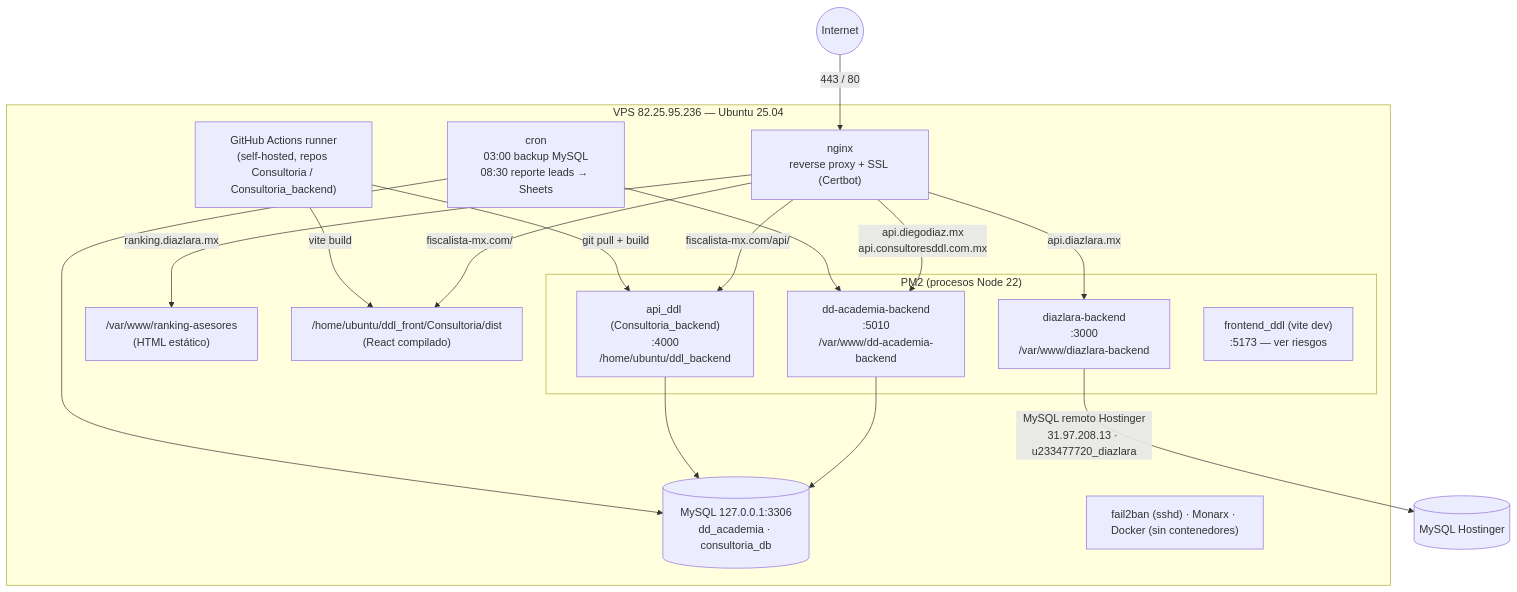
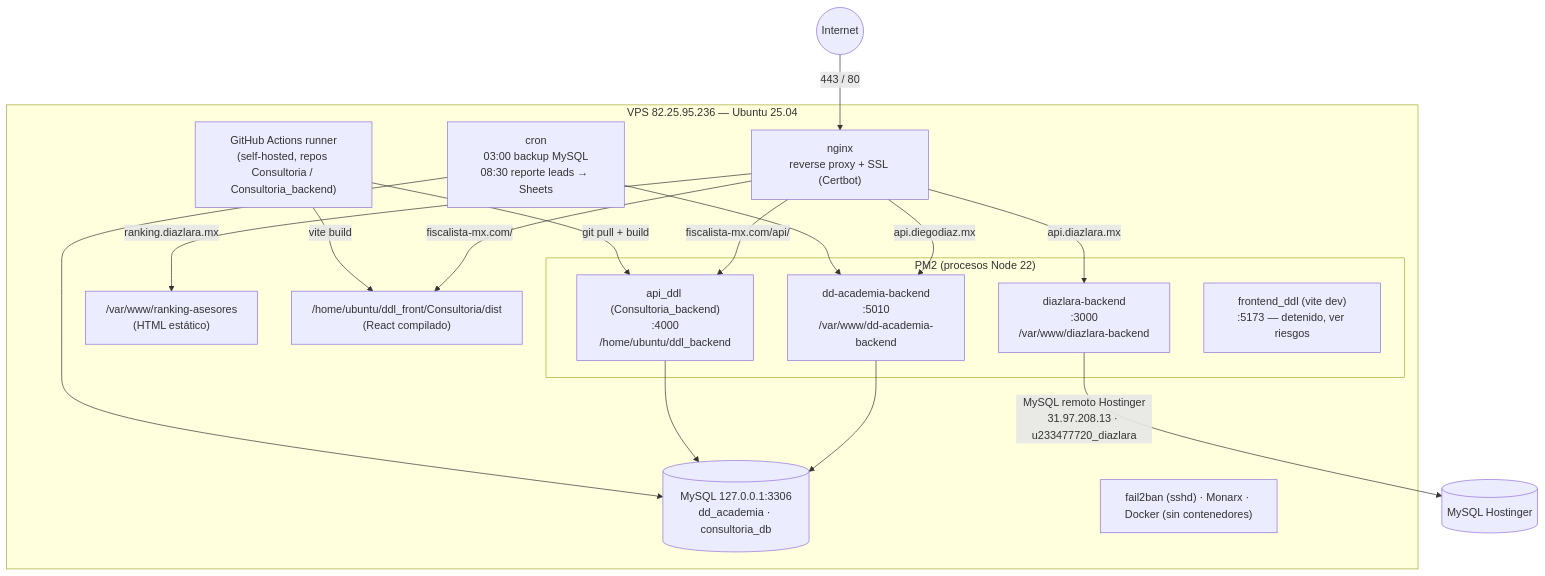
One commit to JoseVargasCubillas/DD_Frontend changed the first of 18 diagrams in docs/ARQUITECTURA-VPS-Y-PLATAFORMAS.md. Above: the diagram before and after it, drawn with Mermaid. The commit also changed other lines of this file and 1 other file, not shown here.

Commit message:
docs: marcar riesgos resueltos (backup dd_academia, frontend_ddl, consultoresddl)

````diff
--- a/docs/ARQUITECTURA-VPS-Y-PLATAFORMAS.md
+++ b/docs/ARQUITECTURA-VPS-Y-PLATAFORMAS.md
@@ -30,34 +30,34 @@
 ```mermaid
 flowchart TB
     Internet(("Internet")) -->|"443 / 80"| NGINX["nginx<br/>reverse proxy + SSL (Certbot)"]
 
     subgraph VPS["VPS 82.25.95.236 — Ubuntu 25.04"]
         NGINX
         subgraph PM2["PM2 (procesos Node 22)"]
             DDAPI["dd-academia-backend<br/>:5010<br/>/var/www/dd-academia-backend"]
             DLAPI["diazlara-backend<br/>:3000<br/>/var/www/diazlara-backend"]
             CONSAPI["api_ddl (Consultoria_backend)<br/>:4000<br/>/home/ubuntu/ddl_backend"]
-            CONSFE["frontend_ddl (vite dev)<br/>:5173 — ver riesgos"]
+            CONSFE["frontend_ddl (vite dev)<br/>:5173 — detenido, ver riesgos"]
         end
         STATIC1["/var/www/ranking-asesores<br/>(HTML estático)"]
         STATIC2["/home/ubuntu/ddl_front/Consultoria/dist<br/>(React compilado)"]
         MYSQL[("MySQL 127.0.0.1:3306<br/>dd_academia · consultoria_db")]
         CRON["cron<br/>03:00 backup MySQL<br/>08:30 reporte leads → Sheets"]
         RUNNER["GitHub Actions runner<br/>(self-hosted, repos Consultoria / Consultoria_backend)"]
         SEC["fail2ban (sshd) · Monarx · Docker (sin contenedores)"]
     end
 
-    NGINX -->|"api.diegodiaz.mx<br/>api.consultoresddl.com.mx"| DDAPI
+    NGINX -->|"api.diegodiaz.mx"| DDAPI
     NGINX -->|"api.diazlara.mx"| DLAPI
     NGINX -->|"fiscalista-mx.com/api/"| CONSAPI
     NGINX -->|"fiscalista-mx.com/"| STATIC2
     NGINX -->|"ranking.diazlara.mx"| STATIC1
 
     DDAPI --> MYSQL
     CONSAPI --> MYSQL
     DLAPI -->|"MySQL remoto Hostinger<br/>31.97.208.13 · u233477720_diazlara"| REMOTEDB[("MySQL Hostinger")]
     CRON --> MYSQL
     CRON --> DDAPI
     RUNNER -->|"git pull + build"| CONSAPI
     RUNNER -->|"vite build"| STATIC2
 ```
````
